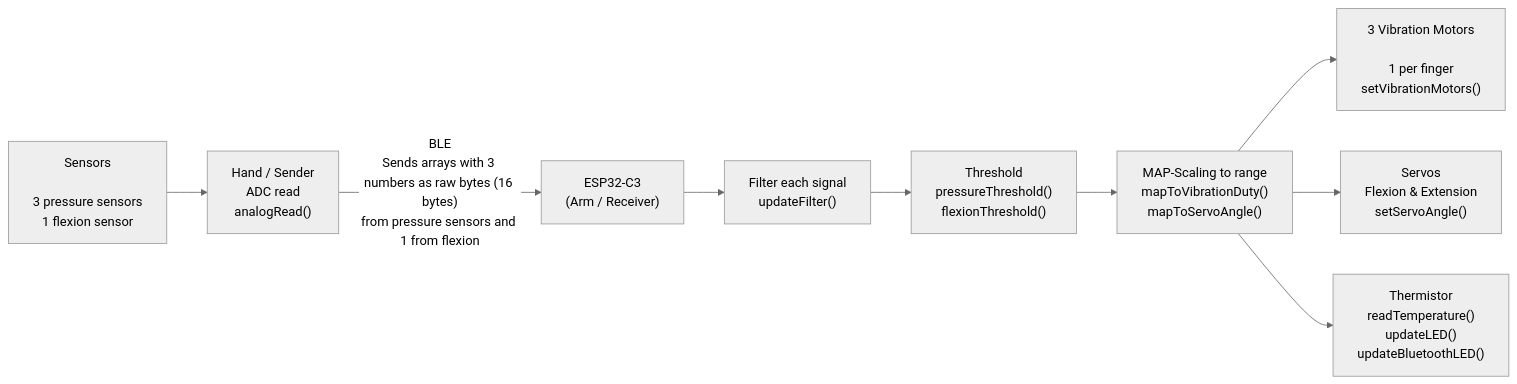
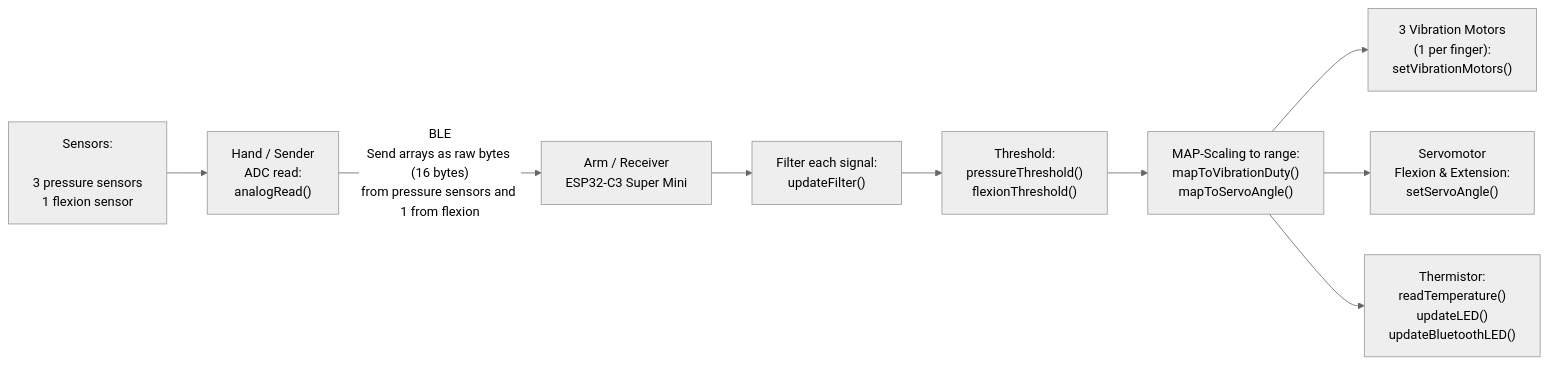
The second of 2 diagrams in SDR/DSD_Haptics-01.md (N-Pulse/Haptics-2026), drawn with Mermaid (neutral theme) before and after one commit.

````diff
--- a/SDR/DSD_Haptics-01.md
+++ b/SDR/DSD_Haptics-01.md
@@ -259,22 +259,22 @@
 ```mermaid
 flowchart LR
-    A["Sensors<br/><br/>3 pressure sensors<br/>1 flexion sensor"]
-    B["Hand / Sender<br/>ADC read<br/>analogRead()"]
-    D["ESP32-C3<br/>(Arm / Receiver)"]
-    E["Filter each signal<br/>updateFilter()"]
-    F["Threshold<br/>pressureThreshold()<br/>flexionThreshold()"]
-    G["MAP-Scaling to range<br/>mapToVibrationDuty()<br/>mapToServoAngle()"]
-    H["3 Vibration Motors<br/><br/>1 per finger<br/>setVibrationMotors()"]
-    I["Servos<br/>Flexion & Extension<br/>setServoAngle()"]
-    J["Thermistor<br/>readTemperature()<br/>updateLED()<br/>updateBluetoothLED()"]
+    A["Sensors:<br/><br/>3 pressure sensors<br/>1 flexion sensor"]
+    B["Hand / Sender<br/>ADC read:<br/>analogRead()"]
+    D["Arm / Receiver<br/>ESP32-C3 Super Mini"]
+    E["Filter each signal:<br/>updateFilter()"]
+    F["Threshold:<br/>pressureThreshold()<br/>flexionThreshold()"]
+    G["MAP-Scaling to range:<br/>mapToVibrationDuty()<br/>mapToServoAngle()"]
+    H["3 Vibration Motors <br/> (1 per finger):<br/>setVibrationMotors()"]
+    I["Servomotor<br/>Flexion & Extension:<br/>setServoAngle()"]
+    J["Thermistor:<br/>readTemperature()<br/>updateLED()<br/>updateBluetoothLED()"]
 
     A --> B
-    B -->|"BLE<br/>Sends arrays with 3 numbers as raw bytes (16 bytes)<br/>from pressure sensors and 1 from flexion"| D
+    B -->|"BLE<br/>Send arrays as raw bytes (16 bytes)<br/>from pressure sensors and 1 from flexion"| D
     D --> E
     E --> F
     F --> G
     G --> H
     G --> I
     G --> J
 
 ```
````
